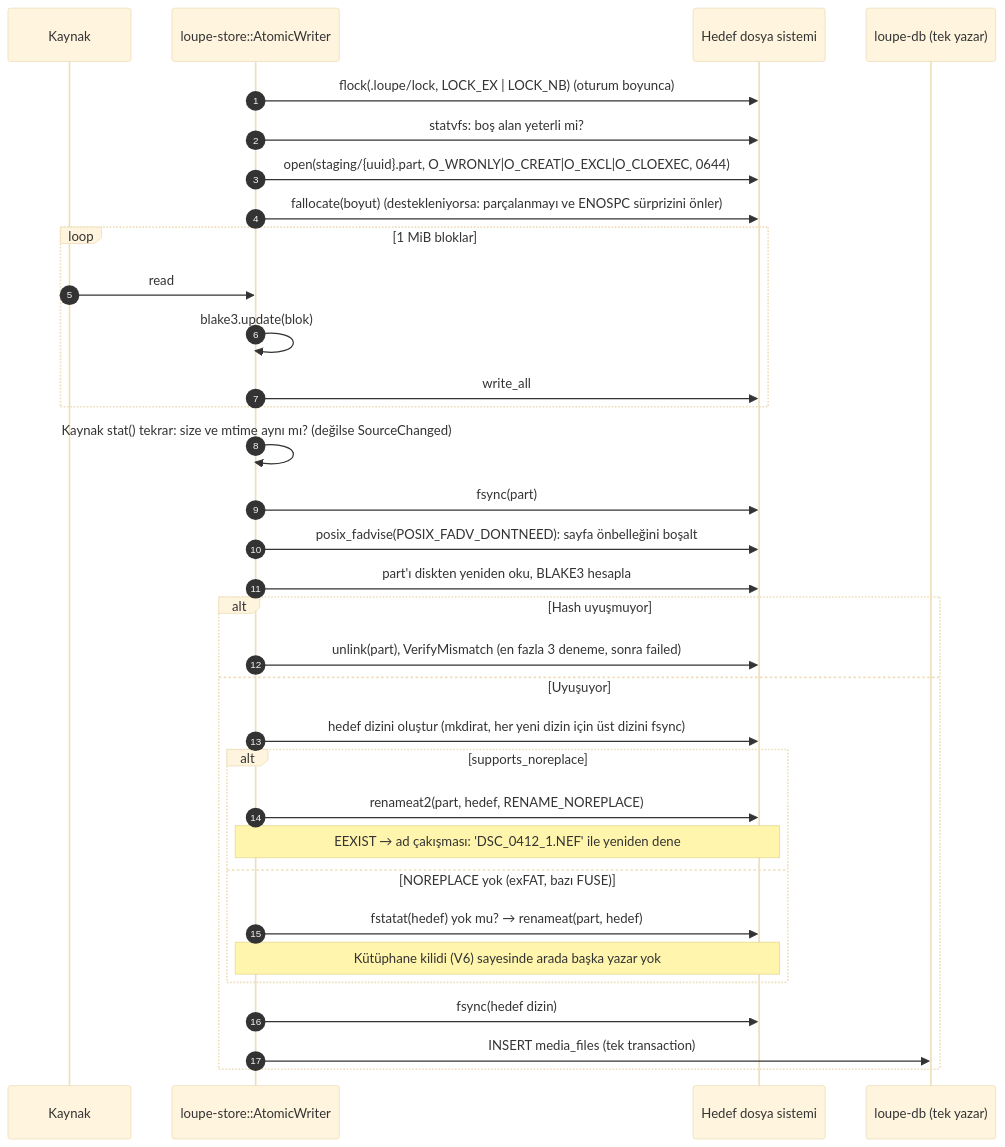
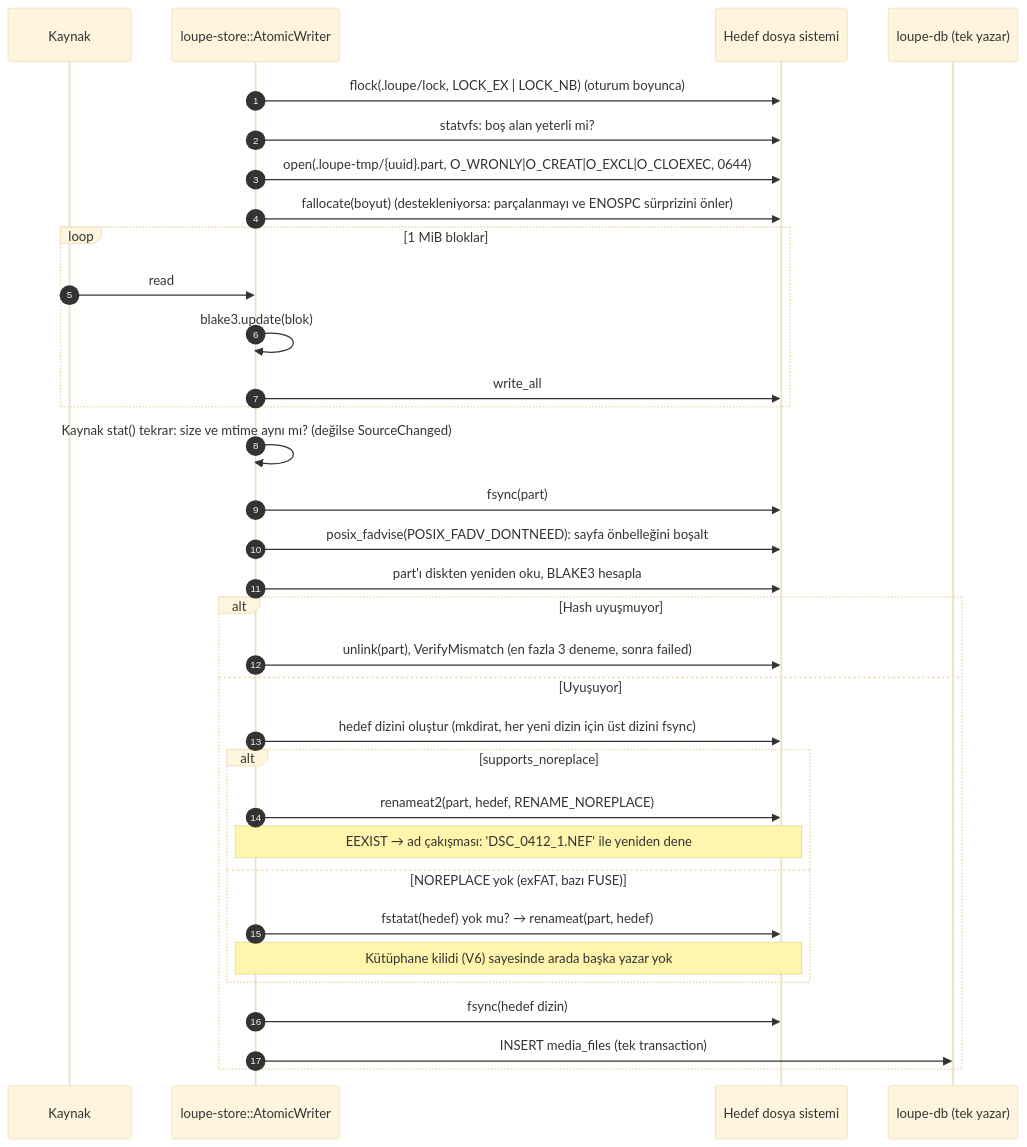
Before and after one commit to kaptanoguz/Loupe: the sixth of 8 diagrams in docs/rfc/RFC-001A-veritabani-ve-depolama.md, drawn with Mermaid (base theme). The commit also changed other lines of this file and 47 other files, not shown here.

````diff
--- a/docs/rfc/RFC-001A-veritabani-ve-depolama.md
+++ b/docs/rfc/RFC-001A-veritabani-ve-depolama.md
@@ -402,36 +402,36 @@
 ```mermaid
 sequenceDiagram
   autonumber
   participant S as Kaynak
   participant W as loupe-store::AtomicWriter
   participant FS as Hedef dosya sistemi
   participant DB as loupe-db (tek yazar)
 
   W->>FS: flock(.loupe/lock, LOCK_EX | LOCK_NB) (oturum boyunca)
   W->>FS: statvfs: boş alan yeterli mi?
-  W->>FS: open(staging/{uuid}.part, O_WRONLY|O_CREAT|O_EXCL|O_CLOEXEC, 0644)
+  W->>FS: open(.loupe-tmp/{uuid}.part, O_WRONLY|O_CREAT|O_EXCL|O_CLOEXEC, 0644)
   W->>FS: fallocate(boyut) (destekleniyorsa: parçalanmayı ve ENOSPC sürprizini önler)
   loop 1 MiB bloklar
     S->>W: read
     W->>W: blake3.update(blok)
     W->>FS: write_all
   end
   W->>W: Kaynak stat() tekrar: size ve mtime aynı mı? (değilse SourceChanged)
   W->>FS: fsync(part)
   W->>FS: posix_fadvise(POSIX_FADV_DONTNEED): sayfa önbelleğini boşalt
   W->>FS: part'ı diskten yeniden oku, BLAKE3 hesapla
   alt Hash uyuşmuyor
     W->>FS: unlink(part), VerifyMismatch (en fazla 3 deneme, sonra failed)
   else Uyuşuyor
     W->>FS: hedef dizini oluştur (mkdirat, her yeni dizin için üst dizini fsync)
     alt supports_noreplace
       W->>FS: renameat2(part, hedef, RENAME_NOREPLACE)
       Note over W,FS: EEXIST → ad çakışması: 'DSC_0412_1.NEF' ile yeniden dene
     else NOREPLACE yok (exFAT, bazı FUSE)
       W->>FS: fstatat(hedef) yok mu? → renameat(part, hedef)
       Note over W,FS: Kütüphane kilidi (V6) sayesinde arada başka yazar yok
     end
     W->>FS: fsync(hedef dizin)
     W->>DB: INSERT media_files (tek transaction)
   end
 ```
````
